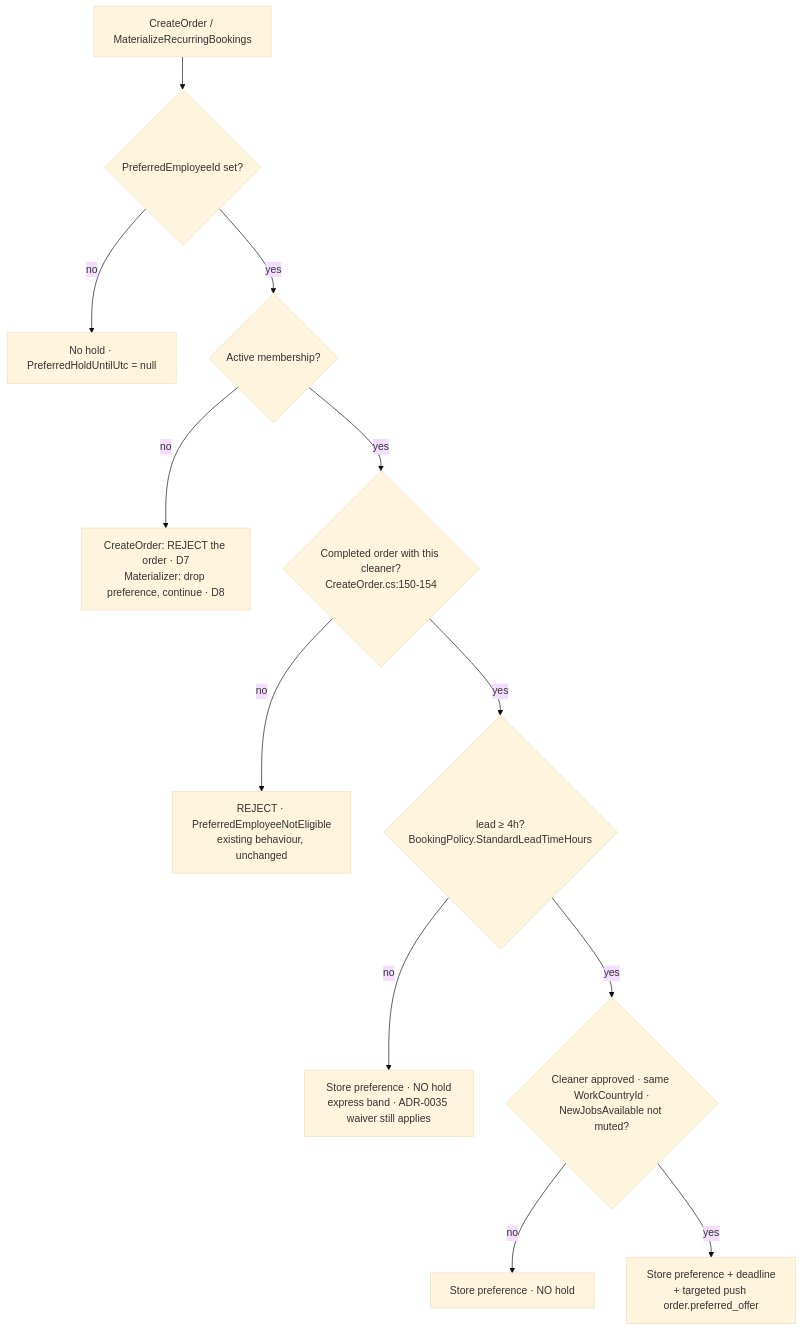
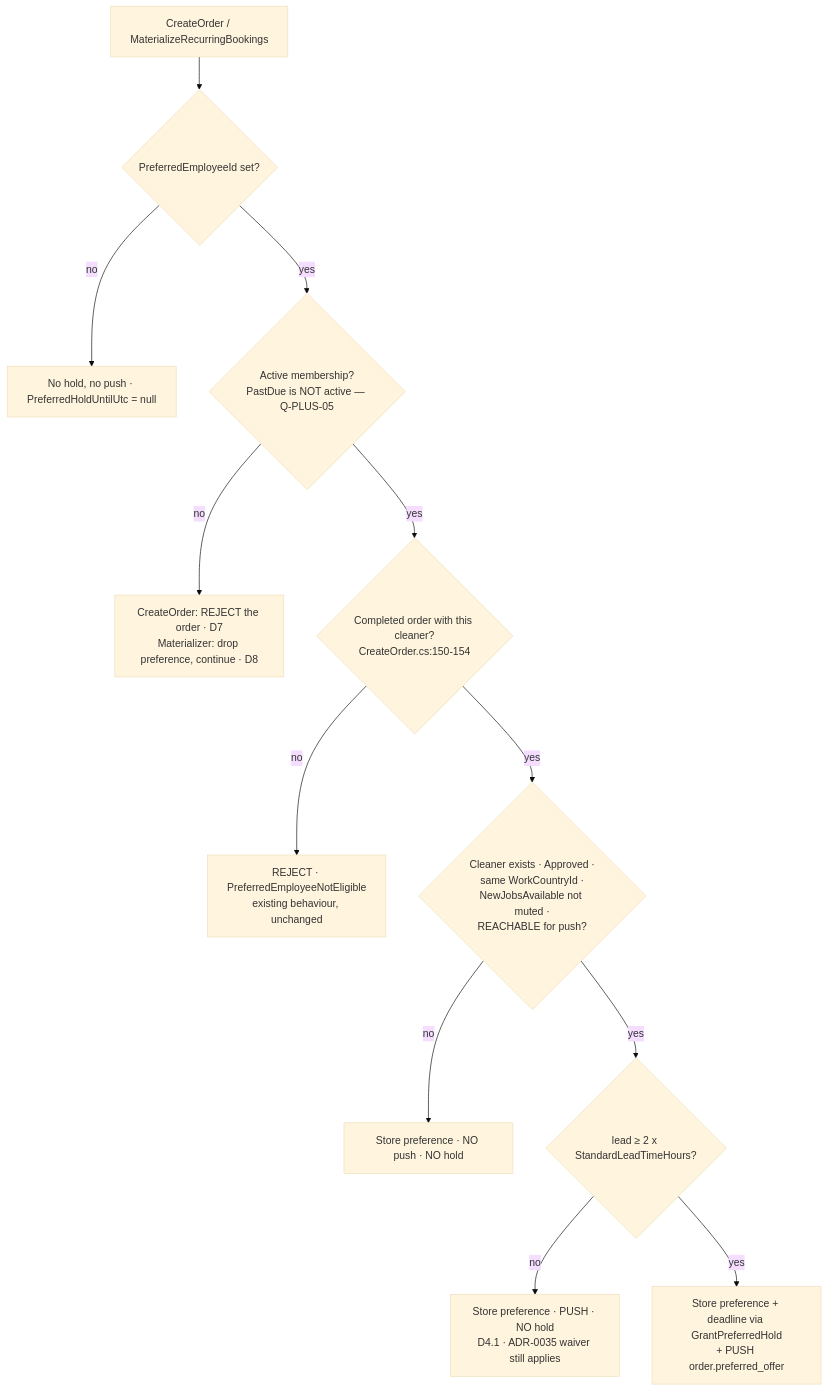
One commit to VM-s-Solutions/cleansia changed the second of 2 diagrams in agents/backlog/adr/0036-preferred-cleaner-first-refusal-hold.md. Above: the diagram before and after it, drawn with Mermaid (base theme). The commit also changed other lines of this file and 3 other files, not shown here.

First line of the commit message:
docs(adr): ADR-0036 accepted — preferred-cleaner first refusal, as amended

````diff
--- a/agents/backlog/adr/0036-preferred-cleaner-first-refusal-hold.md
+++ b/agents/backlog/adr/0036-preferred-cleaner-first-refusal-hold.md
@@ -401,14 +793,14 @@
 ```mermaid
 flowchart TD
     A[CreateOrder / MaterializeRecurringBookings] --> B{PreferredEmployeeId set?}
-    B -- no --> Z[No hold · PreferredHoldUntilUtc = null]
-    B -- yes --> C{Active membership?}
+    B -- no --> Z[No hold, no push · PreferredHoldUntilUtc = null]
+    B -- yes --> C{Active membership?<br/>PastDue is NOT active — Q-PLUS-05}
     C -- no --> R[CreateOrder: REJECT the order · D7<br/>Materializer: drop preference, continue · D8]
     C -- yes --> D{Completed order with this cleaner?<br/>CreateOrder.cs:150-154}
     D -- no --> R2[REJECT · PreferredEmployeeNotEligible<br/>existing behaviour, unchanged]
-    D -- yes --> E{lead &ge; 4h?<br/>BookingPolicy.StandardLeadTimeHours}
-    E -- no --> Z2[Store preference · NO hold<br/>express band · ADR-0035 waiver still applies]
-    E -- yes --> F{Cleaner approved · same WorkCountryId ·<br/>NewJobsAvailable not muted?}
-    F -- no --> Z3[Store preference · NO hold]
-    F -- yes --> G[Store preference + deadline<br/>+ targeted push order.preferred_offer]
+    D -- yes --> F{Cleaner exists · Approved ·<br/>same WorkCountryId ·<br/>NewJobsAvailable not muted ·<br/>REACHABLE for push?}
+    F -- no --> Z3[Store preference · NO push · NO hold]
+    F -- yes --> E{lead &ge; 2 x StandardLeadTimeHours?}
+    E -- no --> Z2[Store preference · PUSH · NO hold<br/>D4.1 · ADR-0035 waiver still applies]
+    E -- yes --> G[Store preference + deadline via GrantPreferredHold<br/>+ PUSH order.preferred_offer]
 ```
````
